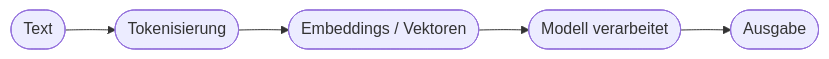
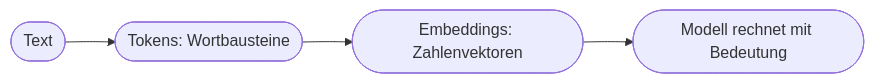
The diagram in docs/content/kapitel13.md (Qualidy/Prompt-Engineering-KI-in-der-Arbeitswelt), drawn with Mermaid before and after one commit. The commit also changed other lines of this file and 80 other files, not shown here.

````diff
--- a/docs/content/kapitel13.md
+++ b/docs/content/kapitel13.md
@@ -37,7 +55,6 @@
 ```mermaid
 flowchart LR
-    A([Text]) --> B([Tokenisierung])
-    B --> C([Embeddings / Vektoren])
-    C --> D([Modell verarbeitet])
-    D --> E([Ausgabe])
+    A([Text]) --> B([Tokens: Wortbausteine])
+    B --> C([Embeddings: Zahlenvektoren])
+    C --> D([Modell rechnet mit Bedeutung])
 ```
````
